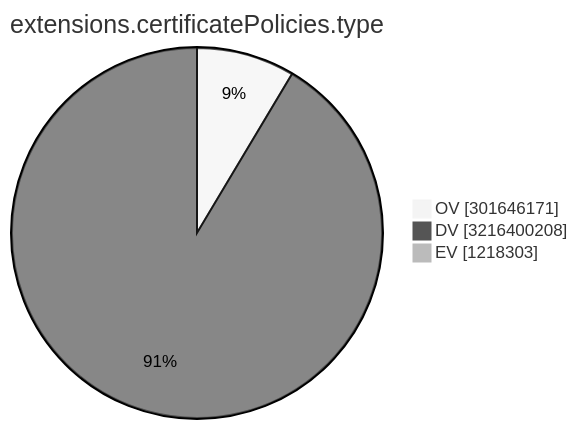
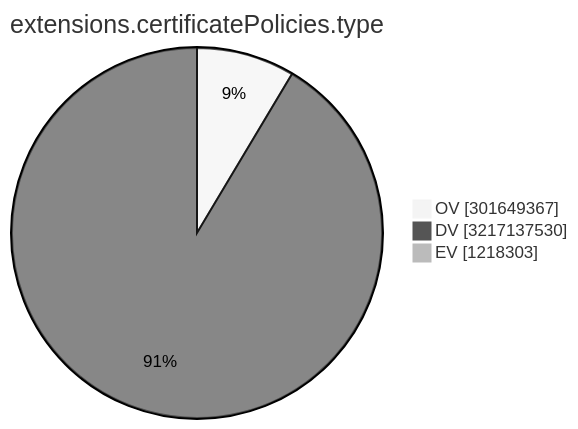
The ninth of 15 diagrams in TOTAL/README.md (christiankrug/ctmonitor_visualization), drawn with Mermaid (neutral theme) before and after one commit. The commit also changed other lines of this file, not shown here.

````diff
--- a/TOTAL/README.md
+++ b/TOTAL/README.md
@@ -3106,7 +3106,7 @@
 ```mermaid
 pie showData
 title extensions.certificatePolicies.type
-"OV" :301646171
-"DV" :3216400208
+"OV" :301649367
+"DV" :3217137530
 "EV" :1218303
 ```
````
